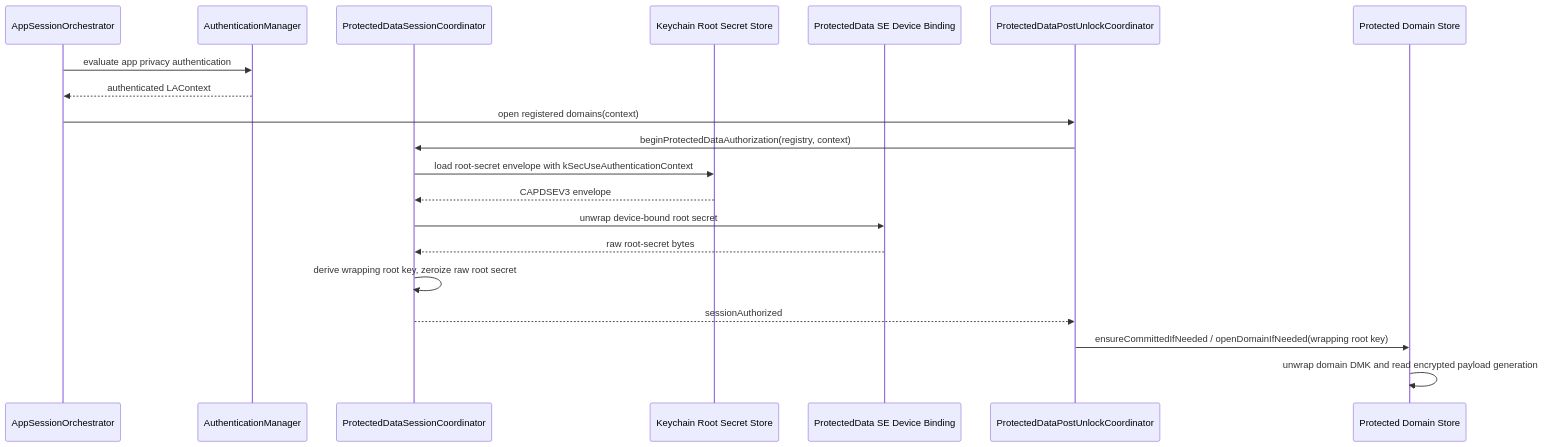
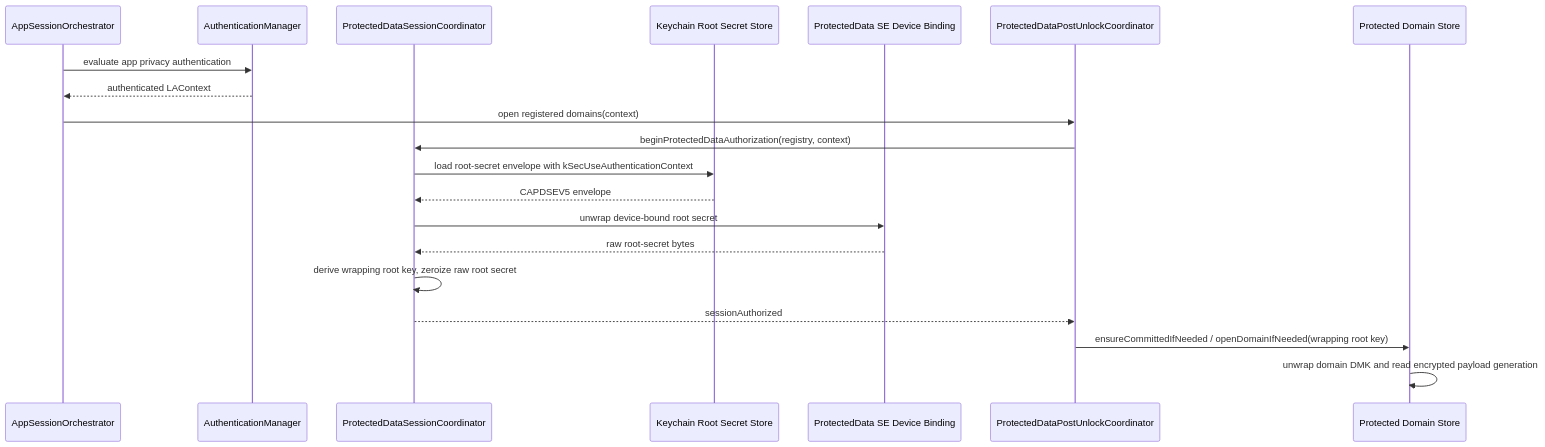
Before and after one commit to cypherair/cypherair: the third of 3 diagrams in docs/ARCHITECTURE.md, drawn with Mermaid. The commit also changed other lines of this file and 16 other files, not shown here.

````diff
--- a/docs/ARCHITECTURE.md
+++ b/docs/ARCHITECTURE.md
@@ -200,23 +200,23 @@
 ```mermaid
 sequenceDiagram
     participant App as AppSessionOrchestrator
     participant Auth as AuthenticationManager
     participant PDS as ProtectedDataSessionCoordinator
     participant KC as Keychain Root Secret Store
     participant SE as ProtectedData SE Device Binding
     participant Post as ProtectedDataPostUnlockCoordinator
     participant Domain as Protected Domain Store
 
     App->>Auth: evaluate app privacy authentication
     Auth-->>App: authenticated LAContext
     App->>Post: open registered domains(context)
     Post->>PDS: beginProtectedDataAuthorization(registry, context)
     PDS->>KC: load root-secret envelope with kSecUseAuthenticationContext
-    KC-->>PDS: CAPDSEV3 envelope
+    KC-->>PDS: CAPDSEV5 envelope
     PDS->>SE: unwrap device-bound root secret
     SE-->>PDS: raw root-secret bytes
     PDS->>PDS: derive wrapping root key, zeroize raw root secret
     PDS-->>Post: sessionAuthorized
     Post->>Domain: ensureCommittedIfNeeded / openDomainIfNeeded(wrapping root key)
     Domain->>Domain: unwrap domain DMK and read encrypted payload generation
 ```
````
